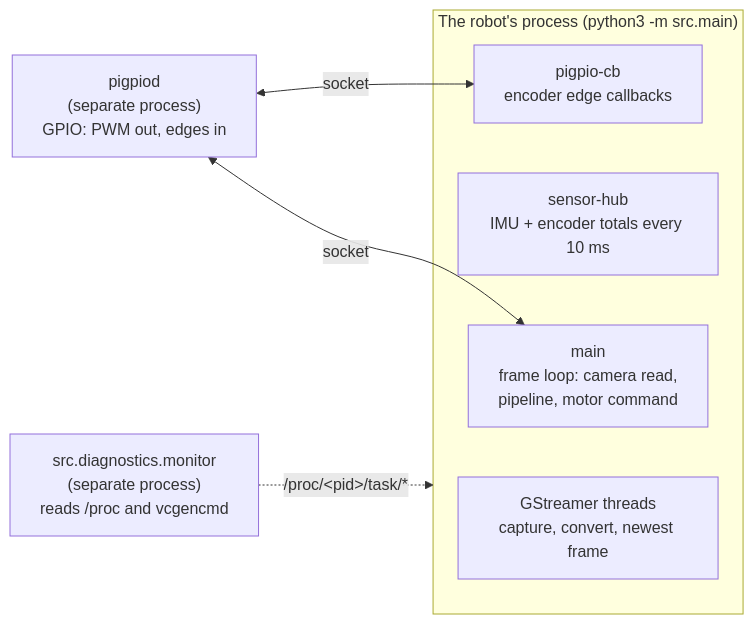
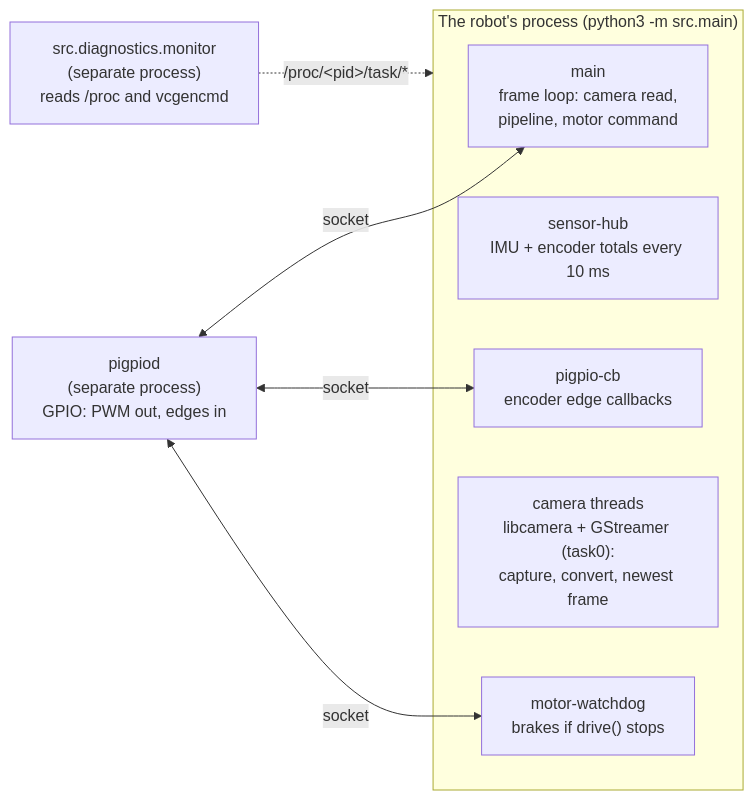
Before and after one commit to Simbyote/Navilott_Vision: the diagram in vision_stack/docs/guides/diagnostics.md, drawn with Mermaid. The commit also changed other lines of this file and 2 other files, not shown here.

First line of the commit message:
threads: name the start button's pigpio thread; the diagnostics table from the Pi

````diff
--- a/vision_stack/docs/guides/diagnostics.md
+++ b/vision_stack/docs/guides/diagnostics.md
@@ -48,14 +48,16 @@
 ```mermaid
 flowchart LR
     subgraph ROBOT["The robot's process (python3 -m src.main)"]
         MAIN["main<br/>frame loop: camera read,<br/>pipeline, motor command"]
         SH["sensor-hub<br/>IMU + encoder totals every 10 ms"]
         CB["pigpio-cb<br/>encoder edge callbacks"]
-        GST["GStreamer threads<br/>capture, convert, newest frame"]
+        GST["camera threads<br/>libcamera + GStreamer (task0):<br/>capture, convert, newest frame"]
+        WD["motor-watchdog<br/>brakes if drive() stops"]
     end
     PD["pigpiod<br/>(separate process)<br/>GPIO: PWM out, edges in"]
     DIAG["src.diagnostics.monitor<br/>(separate process)<br/>reads /proc and vcgencmd"]
     PD <-->|socket| CB
     PD <-->|socket| MAIN
+    PD <-->|socket| WD
     DIAG -.->|"/proc/&lt;pid&gt;/task/*"| ROBOT
 ```
````
